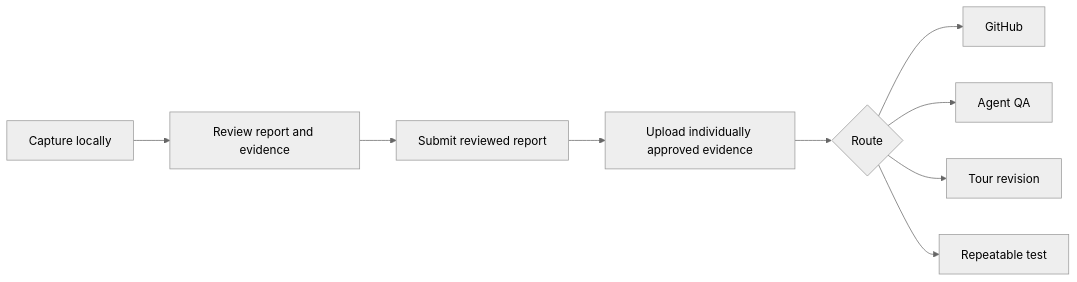
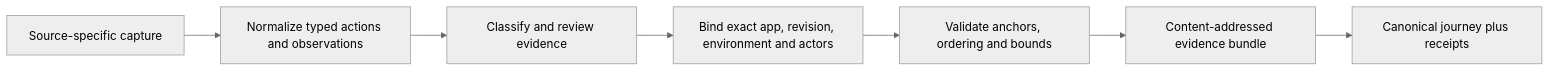
Before and after one commit to bsacrobatix/studio-sassfully: the second of 2 diagrams in docs/guide/README.md, drawn with Mermaid (neutral theme). The commit also changed other lines of this file and 5 other files, not shown here.

````diff
--- a/docs/guide/README.md
+++ b/docs/guide/README.md
@@ -28,11 +35,9 @@
 ```mermaid
 flowchart LR
-    A[Capture locally] --> B[Review report and evidence]
-    B --> C[Submit reviewed report]
-    C --> D[Upload individually approved evidence]
-    D --> E{Route}
-    E --> F[GitHub]
-    E --> G[Agent QA]
-    E --> H[Tour revision]
-    E --> I[Repeatable test]
+    A[Source-specific capture] --> B[Normalize typed actions and observations]
+    B --> C[Classify and review evidence]
+    C --> D[Bind exact app, revision, environment and actors]
+    D --> E[Validate anchors, ordering and bounds]
+    E --> F[Content-addressed evidence bundle]
+    F --> G[Canonical journey plus receipts]
 ```
````
